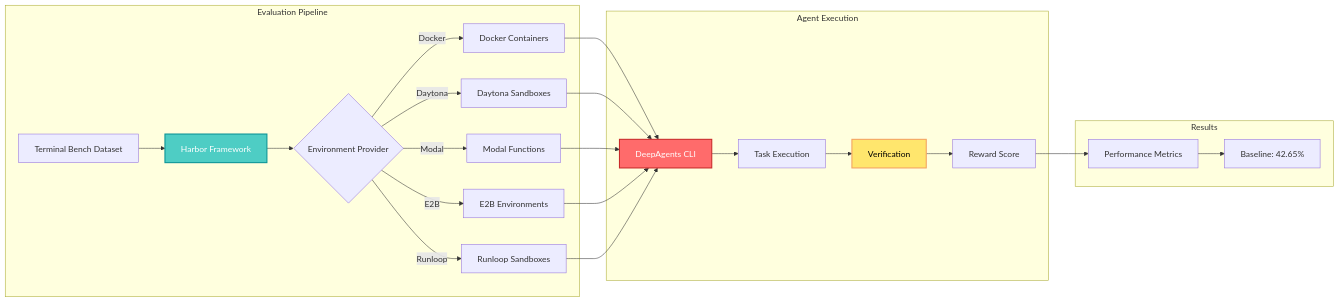
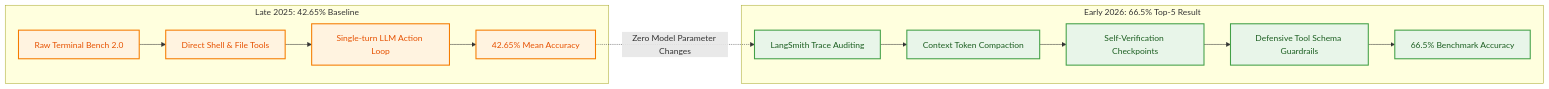
The second of 2 diagrams in _posts/2025/12/2025-12-07-evaluating-deepagents-cli-on-terminal-bench-2-0.md (akillness/akillness.github.io), drawn with Mermaid before and after one commit. The commit also changed other lines of this file and 1 other file, not shown here.

Commit message:
archive(dev): rebuild evaluating-deepagents-cli-on-terminal-bench-2-0 from 2025-12 note

````diff
--- a/_posts/2025/12/2025-12-07-evaluating-deepagents-cli-on-terminal-bench-2-0.md
+++ b/_posts/2025/12/2025-12-07-evaluating-deepagents-cli-on-terminal-bench-2-0.md
@@ -217,32 +136,22 @@
 ```mermaid
-graph LR
-    subgraph "Evaluation Pipeline"
-        A[Terminal Bench Dataset] --> B[Harbor Framework]
-        B --> C{Environment Provider}
-        C -->|Docker| D[Docker Containers]
-        C -->|Daytona| E[Daytona Sandboxes]
-        C -->|Modal| F[Modal Functions]
-        C -->|E2B| G[E2B Environments]
-        C -->|Runloop| H[Runloop Sandboxes]
+flowchart LR
+    subgraph 2025 Baseline ["Late 2025: 42.65% Baseline"]
+        B1[Raw Terminal Bench 2.0] --> B2[Direct Shell & File Tools]
+        B2 --> B3[Single-turn LLM Action Loop]
+        B3 --> B4[42.65% Mean Accuracy]
     end
 
-    subgraph "Agent Execution"
-        D --> I[DeepAgents CLI]
-        E --> I
-        F --> I
-        G --> I
-        H --> I
-        I --> J[Task Execution]
-        J --> K[Verification]
-        K --> L[Reward Score]
+    subgraph 2026 Breakthrough ["Early 2026: 66.5% Top-5 Result"]
+        H1[LangSmith Trace Auditing] --> H2[Context Token Compaction]
+        H2 --> H3[Self-Verification Checkpoints]
+        H3 --> H4[Defensive Tool Schema Guardrails]
+        H4 --> H5[66.5% Benchmark Accuracy]
     end
 
-    subgraph "Results"
-        L --> M[Performance Metrics]
-        M --> N[Baseline: 42.65%]
-    end
+    B4 -.->|Zero Model Parameter Changes| H1
 
-    style I fill:#ff6b6b,stroke:#c92a2a,stroke-width:2px,color:#fff
-    style B fill:#4ecdc4,stroke:#0a9396,stroke-width:2px,color:#fff
-    style K fill:#ffe66d,stroke:#f4a261,stroke-width:2px,color:#000
+    classDef old fill:#fff3e0,stroke:#f57c00,stroke-width:2px,color:#e65100;
+    classDef new fill:#e8f5e9,stroke:#43a047,stroke-width:2px,color:#1b5e20;
+    class B1,B2,B3,B4 old;
+    class H1,H2,H3,H4,H5 new;
 ```
````
